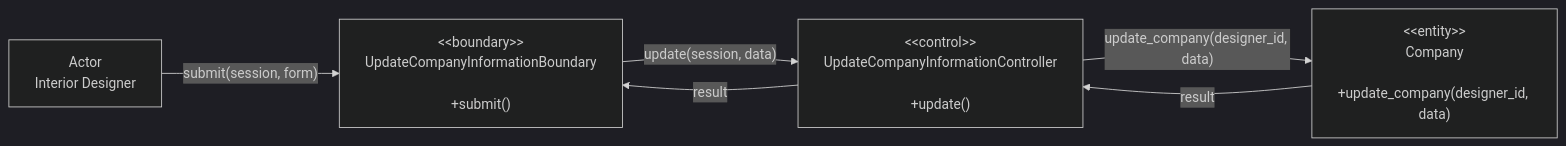
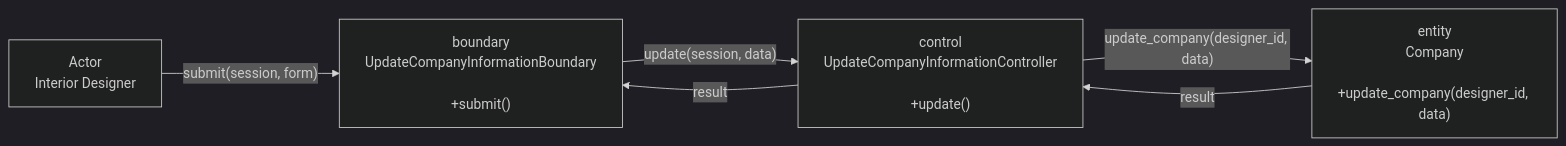
Before and after one commit to boyinapuddle/CSIT314-Chinese: the diagram in interior_platform/diagrams/US15_Update_Company_Information/BCE.mmd, drawn with Mermaid (dark theme). The commit also changed 100 other files, not shown here.

Commit message:
fix bce diagram mds

```diff
--- a/interior_platform/diagrams/US15_Update_Company_Information/BCE.mmd
+++ b/interior_platform/diagrams/US15_Update_Company_Information/BCE.mmd
@@ -1,10 +1,10 @@
 flowchart LR
     N0["Actor<br/>Interior Designer"]
-    N1["&lt;&lt;boundary&gt;&gt;<br/>UpdateCompanyInformationBoundary<br/><br/>+submit()"]
-    N2["&lt;&lt;control&gt;&gt;<br/>UpdateCompanyInformationController<br/><br/>+update()"]
-    N3["&lt;&lt;entity&gt;&gt;<br/>Company<br/><br/>+update_company(designer_id, data)"]
+    N1["boundary<br/>UpdateCompanyInformationBoundary<br/><br/>+submit()"]
+    N2["control<br/>UpdateCompanyInformationController<br/><br/>+update()"]
+    N3["entity<br/>Company<br/><br/>+update_company(designer_id, data)"]
     N0 -->|"submit(session, form)"| N1
     N1 -->|"update(session, data)"| N2
     N2 -->|"update_company(designer_id, data)"| N3
     N3 -->|"result"| N2
     N2 -->|"result"| N1
```
